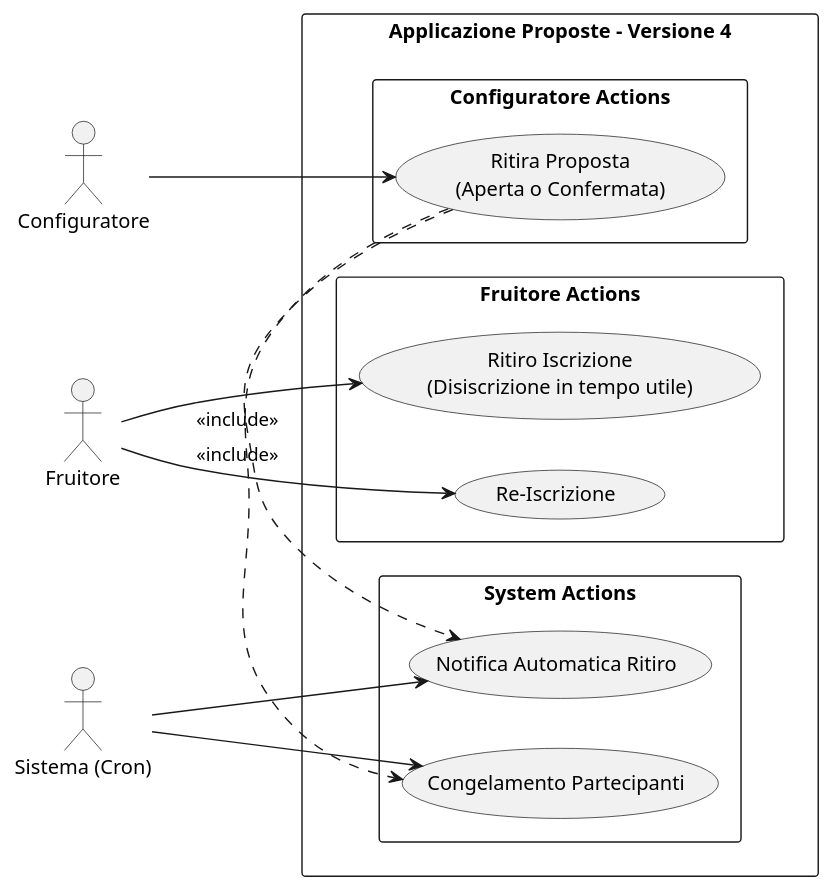
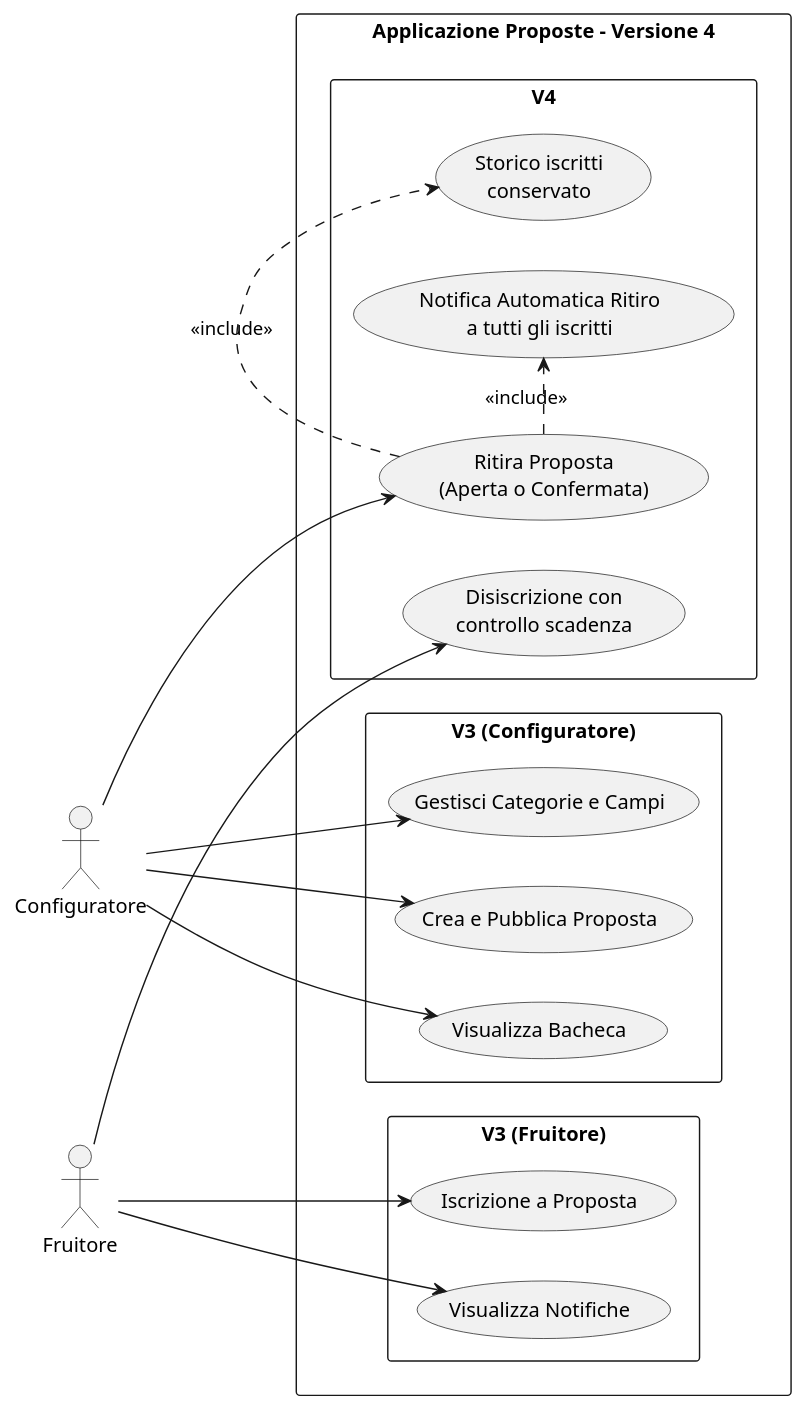
One commit to davideruggeri/ProgettoIngSw changed the diagram in Documentazione/uml/v4_casi_uso.puml. Above: the diagram before and after it, drawn with PlantUML. The commit also changed 68 other files, not shown here.

```diff
--- a/Documentazione/uml/v4_casi_uso.puml
+++ b/Documentazione/uml/v4_casi_uso.puml
@@ -1,34 +1,40 @@
 @startuml
 left to right direction
 skinparam packageStyle rectangle
 
 actor "Configuratore" as Admin
 actor "Fruitore" as User
-actor "Sistema (Cron)" as System
 
 rectangle "Applicazione Proposte - Versione 4" {
-    package "Configuratore Actions" {
-      usecase "Ritira Proposta\n(Aperta o Confermata)" as UC1
-    }
-    
-    package "Fruitore Actions" {
-      usecase "Ritiro Iscrizione\n(Disiscrizione in tempo utile)" as UC2
-      usecase "Re-Iscrizione" as UC3
+    package "V3 (Configuratore)" {
+      usecase "Gestisci Categorie e Campi" as UC_A
+      usecase "Crea e Pubblica Proposta" as UC_B
+      usecase "Visualizza Bacheca" as UC_C
     }
 
-    package "System Actions" {
-      usecase "Congelamento Partecipanti" as UC4
-      usecase "Notifica Automatica Ritiro" as UC5
+    package "V3 (Fruitore)" {
+      usecase "Iscrizione a Proposta" as UC_D
+      usecase "Visualizza Notifiche" as UC_E
+    }
+
+    package "V4" {
+      usecase "Ritira Proposta\n(Aperta o Confermata)" as UC1
+      usecase "Disiscrizione con\ncontrollo scadenza" as UC2
+      usecase "Notifica Automatica Ritiro\na tutti gli iscritti" as UC5
+      usecase "Storico iscritti\nconservato" as UC4
     }
 }
 
+Admin --> UC_A
+Admin --> UC_B
+Admin --> UC_C
 Admin --> UC1
+
+User --> UC_D
+User --> UC_E
 User --> UC2
-User --> UC3
 
-System --> UC4
-System --> UC5
 UC1 .> UC5 : <<include>>
 UC1 .> UC4 : <<include>>
 
 @enduml
```
